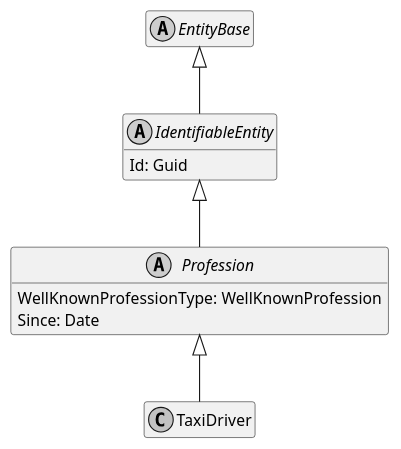
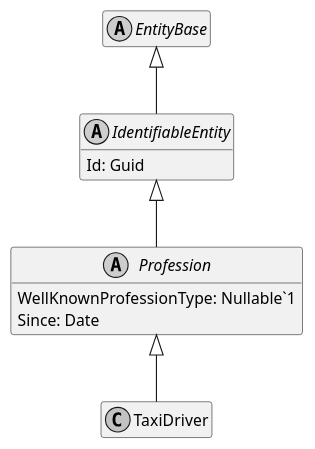
The diagram in Documentation/Generated/Models/DoofesZeug.Models.Specieses.Human.Professions/TaxiDriver.puml (ObiWanLansi/DoofesZeug), drawn with PlantUML before and after one commit. The commit also changed 70 other files, not shown here.

```diff
--- a/Documentation/Generated/Models/DoofesZeug.Models.Specieses.Human.Professions/TaxiDriver.puml
+++ b/Documentation/Generated/Models/DoofesZeug.Models.Specieses.Human.Professions/TaxiDriver.puml
@@ -1,26 +1,26 @@
 @startuml
 skinparam monochrome true
 hide empty members
 
 abstract class EntityBase {
 }
 
 EntityBase <|-- IdentifiableEntity
 
 abstract class IdentifiableEntity {
     Id: Guid
 }
 
 IdentifiableEntity <|-- Profession
 
 abstract class Profession {
-    WellKnownProfessionType: WellKnownProfession
+    WellKnownProfessionType: Nullable`1
     Since: Date
 }
 
 Profession <|-- TaxiDriver
 
 class TaxiDriver {
 }
 
 @enduml
```
